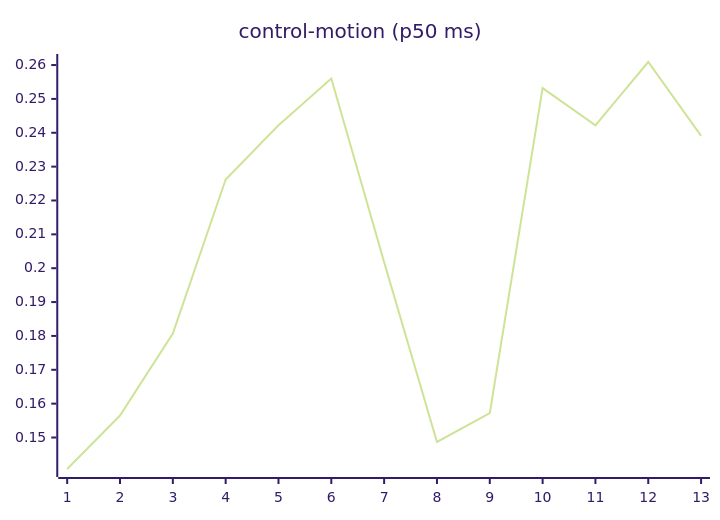
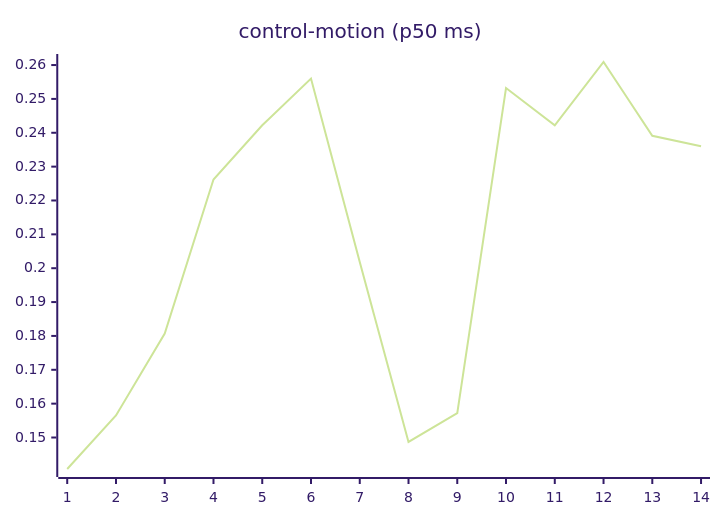
The seventh of 27 diagrams in README.md (josha/Facet), drawn with Mermaid (forest theme) before and after one commit. The commit also changed other lines of this file and 2 other files, not shown here.

````diff
--- a/README.md
+++ b/README.md
@@ -105,6 +105,6 @@
 ```mermaid
 xychart-beta
     title "control-motion (p50 ms)"
-    x-axis 1 --> 13
-    line [0.1407, 0.1565, 0.1807, 0.2262, 0.2422, 0.2560, 0.2018, 0.1487, 0.1572, 0.2532, 0.2422, 0.2609, 0.2391]
+    x-axis 1 --> 14
+    line [0.1407, 0.1565, 0.1807, 0.2262, 0.2422, 0.2560, 0.2018, 0.1487, 0.1572, 0.2532, 0.2422, 0.2609, 0.2391, 0.2360]
 ```
````
